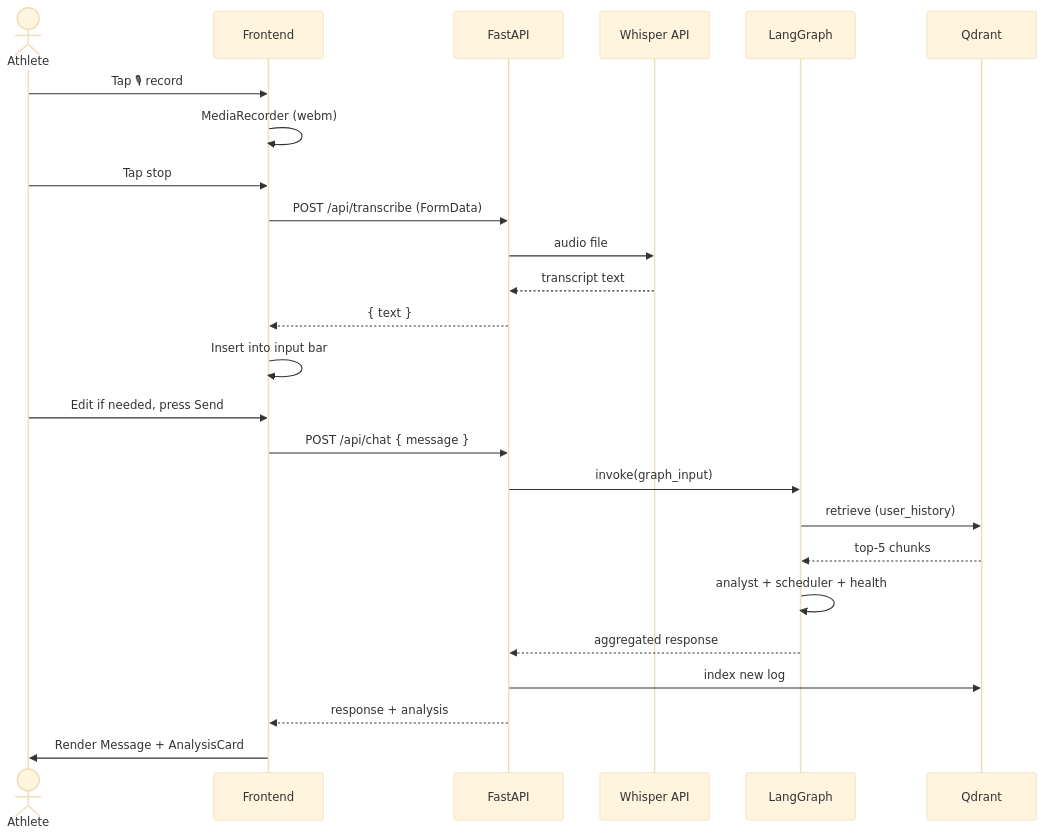
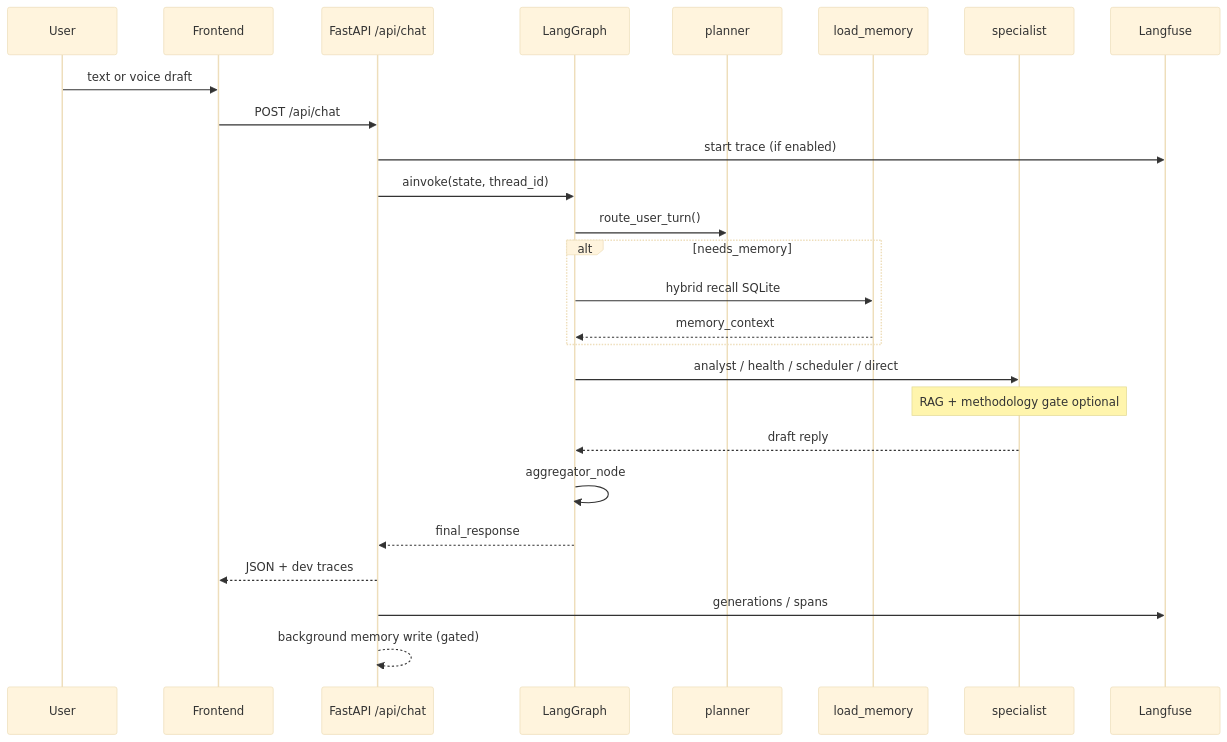
One commit to saltuwwa/AthleteCore-Badminton changed the second of 6 diagrams in ARCHITECTURE.md. Above: the diagram before and after it, drawn with Mermaid (base theme). The commit also changed other lines of this file and 149 other files, not shown here.

Commit message:
LLM Engineer MVP: LangGraph, memory, RAG, MCP, Langfuse v4, docs, defense UI.Hybrid guardrails, safety evals, document/video pipelines, and course documentation.

````diff
--- a/ARCHITECTURE.md
+++ b/ARCHITECTURE.md
@@ -144,28 +74,29 @@
 ```mermaid
 sequenceDiagram
-    actor User as Athlete
+    participant U as User
     participant FE as Frontend
-    participant API as FastAPI
-    participant W as Whisper API
-    participant Graph as LangGraph
-    participant Q as Qdrant
+    participant API as FastAPI /api/chat
+    participant G as LangGraph
+    participant P as planner
+    participant M as load_memory
+    participant A as specialist
+    participant LF as Langfuse
 
-    User->>FE: Tap 🎙 record
-    FE->>FE: MediaRecorder (webm)
-    User->>FE: Tap stop
-    FE->>API: POST /api/transcribe (FormData)
-    API->>W: audio file
-    W-->>API: transcript text
-    API-->>FE: { text }
-    FE->>FE: Insert into input bar
-    User->>FE: Edit if needed, press Send
-    FE->>API: POST /api/chat { message }
-    API->>Graph: invoke(graph_input)
-    Graph->>Q: retrieve (user_history)
-    Q-->>Graph: top-5 chunks
-    Graph->>Graph: analyst + scheduler + health
-    Graph-->>API: aggregated response
-    API->>Q: index new log
-    API-->>FE: response + analysis
-    FE->>User: Render Message + AnalysisCard
+    U->>FE: text or voice draft
+    FE->>API: POST /api/chat
+    API->>LF: start trace (if enabled)
+    API->>G: ainvoke(state, thread_id)
+    G->>P: route_user_turn()
+    alt needs_memory
+        G->>M: hybrid recall SQLite
+        M-->>G: memory_context
+    end
+    G->>A: analyst / health / scheduler / direct
+  Note over A: RAG + methodology gate optional
+    A-->>G: draft reply
+    G->>G: aggregator_node
+    G-->>API: final_response
+    API-->>FE: JSON + dev traces
+    API->>LF: generations / spans
+    API-->>API: background memory write (gated)
 ```
````
